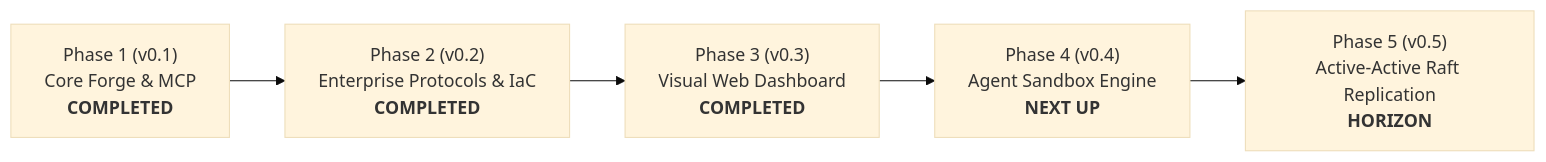
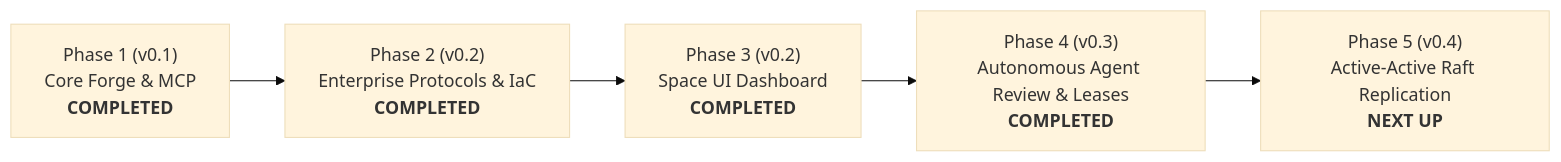
One commit to RavaniRoshan/exist.io changed the diagram in ROADMAP.md. Above: the diagram before and after it, drawn with Mermaid (base theme). The commit also changed other lines of this file and 26 other files, not shown here.

Commit message:
feat(agent): implement autonomous PR review, AST symbol search, capability leases, and live Space UI

````diff
--- a/ROADMAP.md
+++ b/ROADMAP.md
@@ -21,13 +21,13 @@
 ```mermaid
 flowchart LR
     P1["Phase 1 (v0.1)<br/>Core Forge & MCP<br/><b>COMPLETED</b>"]
     P2["Phase 2 (v0.2)<br/>Enterprise Protocols & IaC<br/><b>COMPLETED</b>"]
-    P3["Phase 3 (v0.3)<br/>Visual Web Dashboard<br/><b>COMPLETED</b>"]
-    P4["Phase 4 (v0.4)<br/>Agent Sandbox Engine<br/><b>NEXT UP</b>"]
-    P5["Phase 5 (v0.5)<br/>Active-Active Raft Replication<br/><b>HORIZON</b>"]
+    P3["Phase 3 (v0.2)<br/>Space UI Dashboard<br/><b>COMPLETED</b>"]
+    P4["Phase 4 (v0.3)<br/>Autonomous Agent Review & Leases<br/><b>COMPLETED</b>"]
+    P5["Phase 5 (v0.4)<br/>Active-Active Raft Replication<br/><b>NEXT UP</b>"]
 
     P1 --> P2
     P2 --> P3
     P3 --> P4
     P4 --> P5
 ```
````
